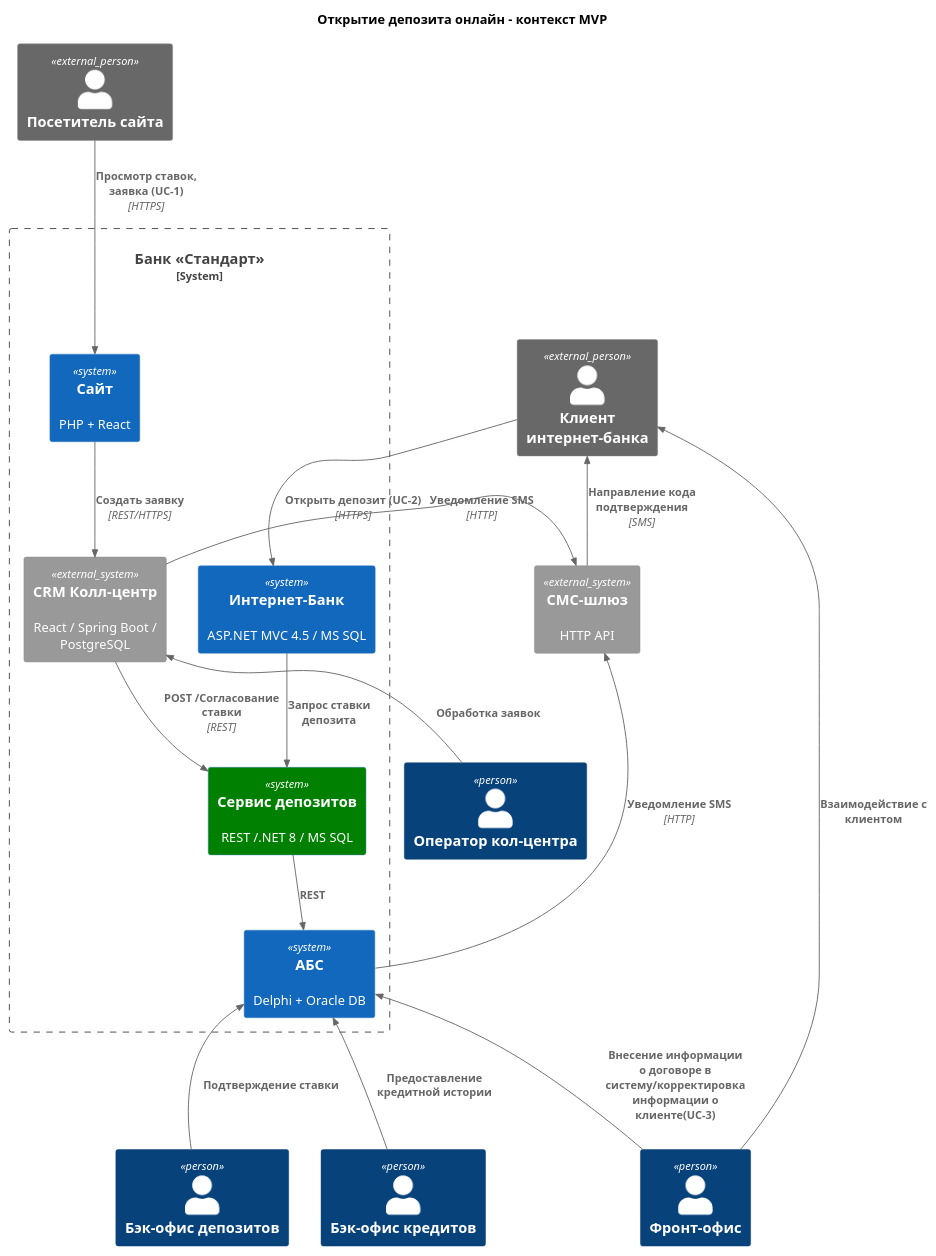
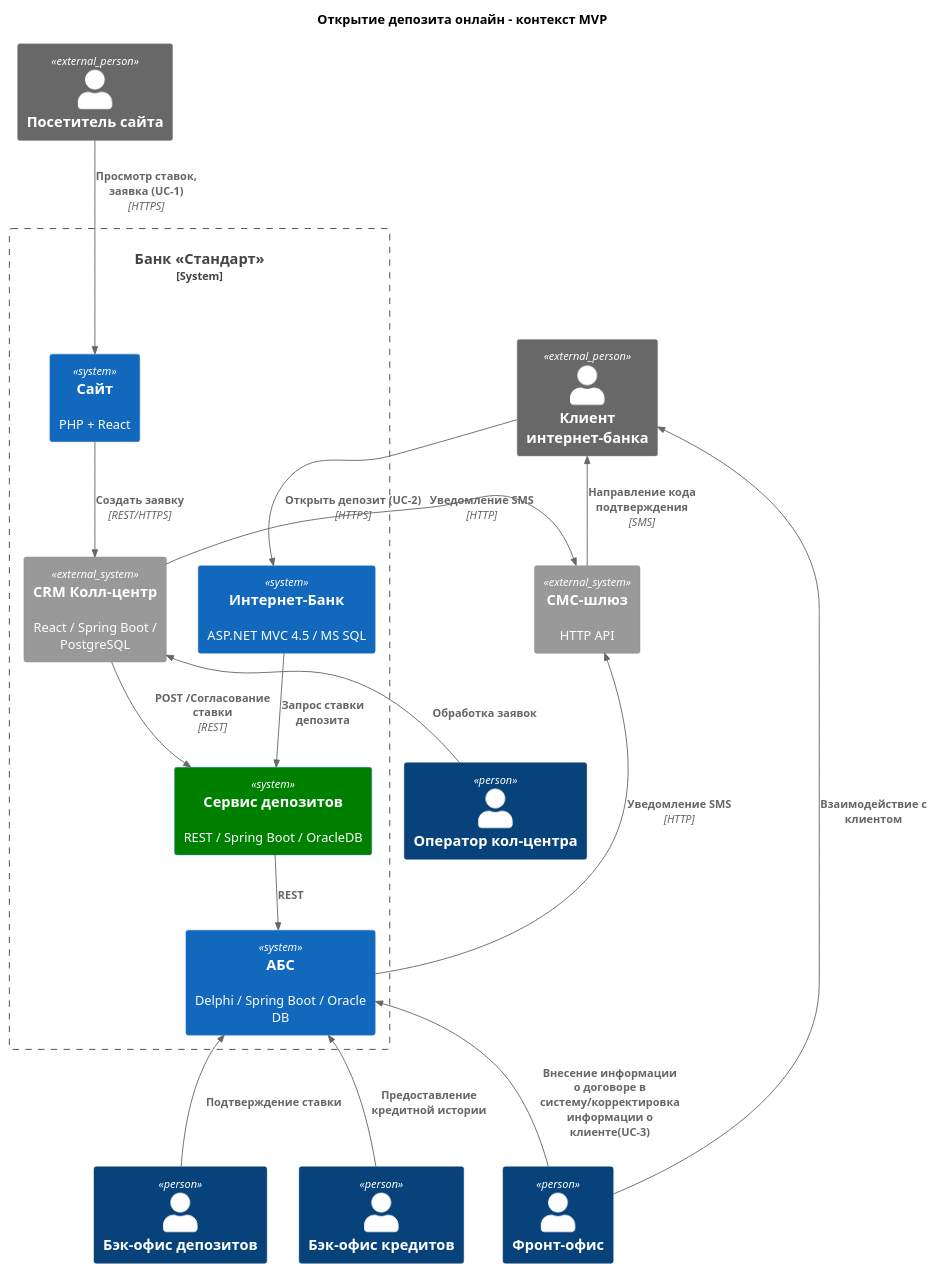
One commit to Rzr18/architecture-standart changed the diagram in Task3/С4_Context.puml. Above: the diagram before and after it, drawn with PlantUML. The commit also changed 3 other files, not shown here.

Commit message:
Корректировка Task4 diagrams

```diff
--- a/Task3/С4_Context.puml
+++ b/Task3/С4_Context.puml
@@ -1,40 +1,40 @@
 @startuml context
 !include https://raw.githubusercontent.com/plantuml-stdlib/C4-PlantUML/master/C4_Context.puml
 title Открытие депозита онлайн – контекст MVP
 
 Person(cc_agent,"Оператор кол-центра")
 Person_Ext(visitor, "Посетитель сайта")
 Person_Ext(client,  "Клиент интернет-банка")
 
 Person(fo_dep,  "Фронт-офис")
 Person(bo_dep,  "Бэк-офис депозитов")
 Person(bo_cred,  "Бэк-офис кредитов")
 
 System_Ext(sms,     "СМС-шлюз", "HTTP API")
 
 System_Boundary(bank, "Банк «Стандарт»") {
 
   System(ib,          "Интернет-Банк", "ASP.NET MVC 4.5 / MS SQL")
   System(site,    "Сайт", "PHP + React")
   System_Ext(crm,     "CRM Колл-центр", "React / Spring Boot / PostgreSQL")
-  System(deposit_api, "Сервис депозитов", "REST /.NET 8 / MS SQL") #green
+  System(deposit_api, "Сервис депозитов", "REST / Spring Boot / OracleDB") #green
 
-  System(abs, "АБС", "Delphi + Oracle DB") 
+  System(abs, "АБС", "Delphi / Spring Boot / Oracle DB") 
 }
 
 Rel_D(visitor,   site,        "Просмотр ставок, заявка (UC-1)", "HTTPS")
 Rel(site,      crm,         "Создать заявку",                    "REST/HTTPS")
 Rel_U(cc_agent,  crm,         "Обработка заявок")
 Rel(crm,       deposit_api, "POST /Согласование ставки",      "REST")
 Rel_D(client,    ib,          "Открыть депозит (UC-2)",         "HTTPS")
 Rel_D(ib,        deposit_api, "Запрос ставки депозита")
 Rel(deposit_api, abs,   "REST")
 Rel_U(bo_dep,    abs,     "Подтверждение ставки")
 Rel_U(bo_cred,    abs,     "Предоставление кредитной истории")
 Rel_U(fo_dep,    abs,     "Внесение информации о договоре в систему/корректировка информации о клиенте(UC-3)")
 Rel_U(fo_dep,    client,     "Взаимодействие с клиентом")
 Rel_L(abs,   sms,         "Уведомление SMS",                "HTTP")
 Rel_L(crm,   sms,         "Уведомление SMS",                "HTTP")
 Rel_U(sms,   client,          "Направление кода подтверждения",                "SMS")
 
 @enduml
```
